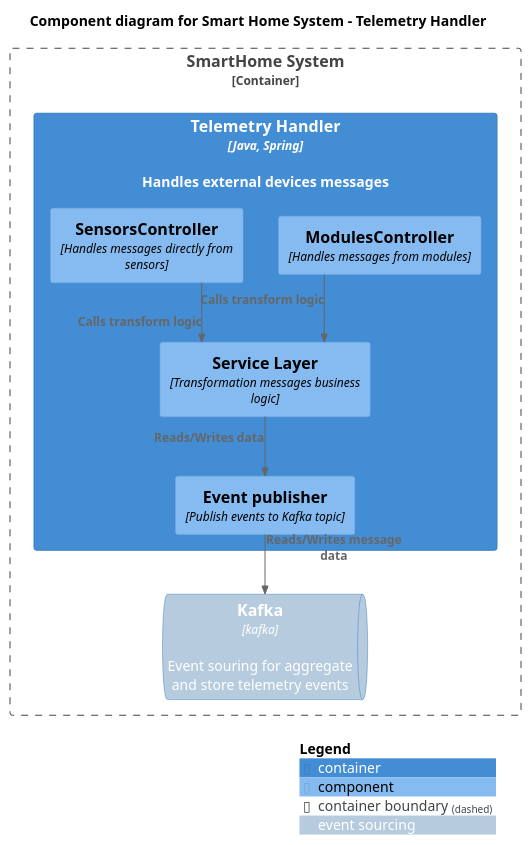
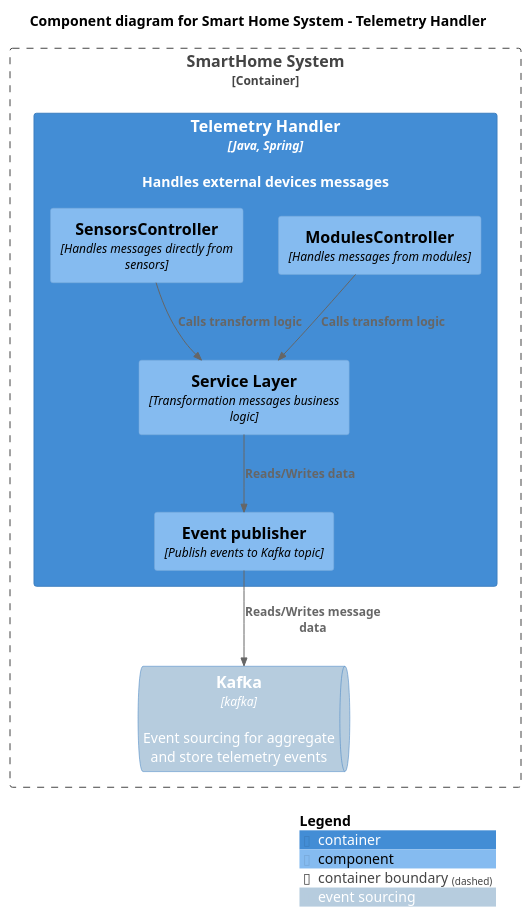
Before and after one commit to belkevglaz/yc-apo-sprint3: the diagram in docs/docs/assets/target/TelemetryHandlerCompDiagram.md, drawn with PlantUML. The commit also changed 2 other files, not shown here.

Commit message:
Part 1.2 Simple fix kukueva.

```diff
--- a/docs/docs/assets/target/TelemetryHandlerCompDiagram.md
+++ b/docs/docs/assets/target/TelemetryHandlerCompDiagram.md
@@ -1,30 +1,30 @@
 @startuml
 '!include https://raw.githubusercontent.com/plantuml-stdlib/C4-PlantUML/master/C4_Component.puml
 !include ../templates/C4_Component.puml
 
 title Component diagram for Smart Home System - Telemetry Handler
 
-skinparam linetype ortho
+'skinparam linetype ortho
 
 AddElementTag("queue", $shape=RoundedBoxShape(), $bgColor="#b6ccde", $fontColor="white", $legendText="event sourcing")
 
 Container_Boundary(SmartHomeSystem, "SmartHome System") {
     Container(ms_telemetry, "Telemetry Handler", "Java, Spring", "Handles external devices messages")
-    ContainerQueue(kafka, "Kafka", "kafka", "Event souring for aggregate and store telemetry events", $tags = "queue")
+    ContainerQueue(kafka, "Kafka", "kafka", "Event sourcing for aggregate and store telemetry events", $tags = "queue")
 }
 
 Container(ms_telemetry, "", "Java, Spring") {
     Component(ModulesController, "ModulesController", "Handles messages from modules")
     Component(SensorsController, "SensorsController", "Handles messages directly from sensors")
     Component(ServiceLayer, "Service Layer", "Transformation messages business logic")
     Component(EventPublisher, "Event publisher", "Publish events to Kafka topic")
 }
 
 Rel(ModulesController,ServiceLayer,"Calls transform logic")
 Rel(SensorsController,ServiceLayer,"Calls transform logic")
 Rel(ServiceLayer,EventPublisher,"Reads/Writes data")
 Rel(EventPublisher, kafka, "Reads/Writes message data")
 
 SHOW_LEGEND()
 
 @enduml
```
